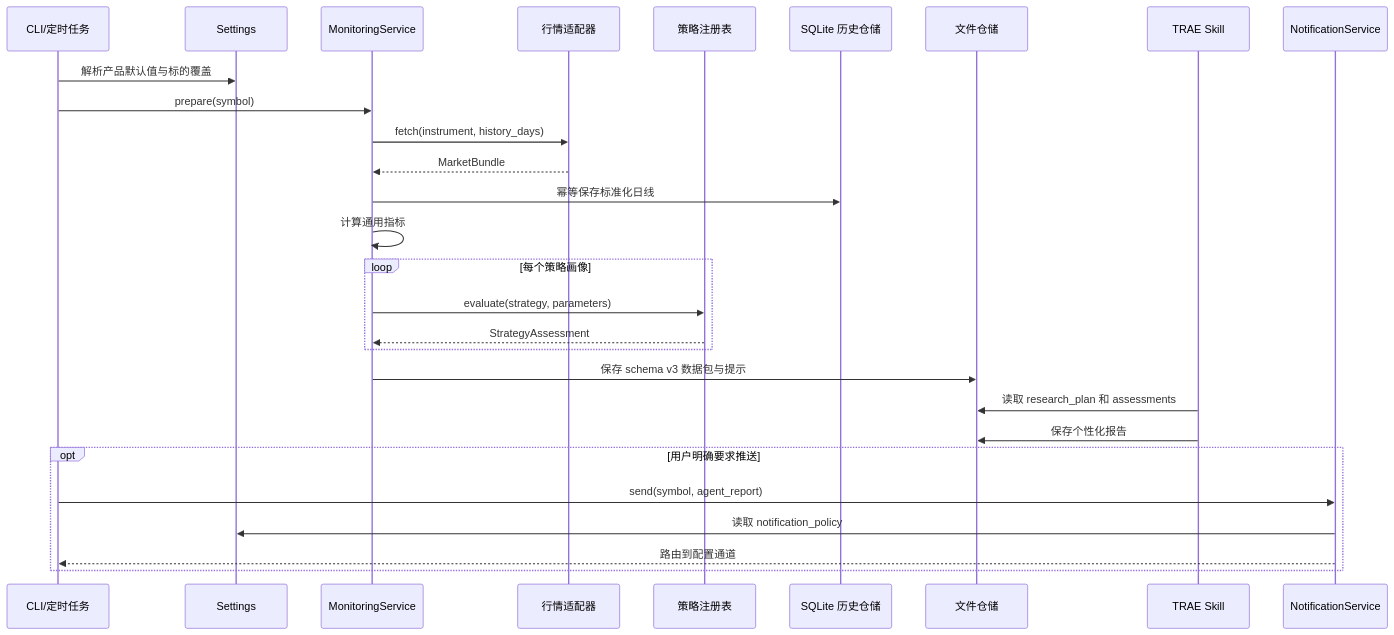
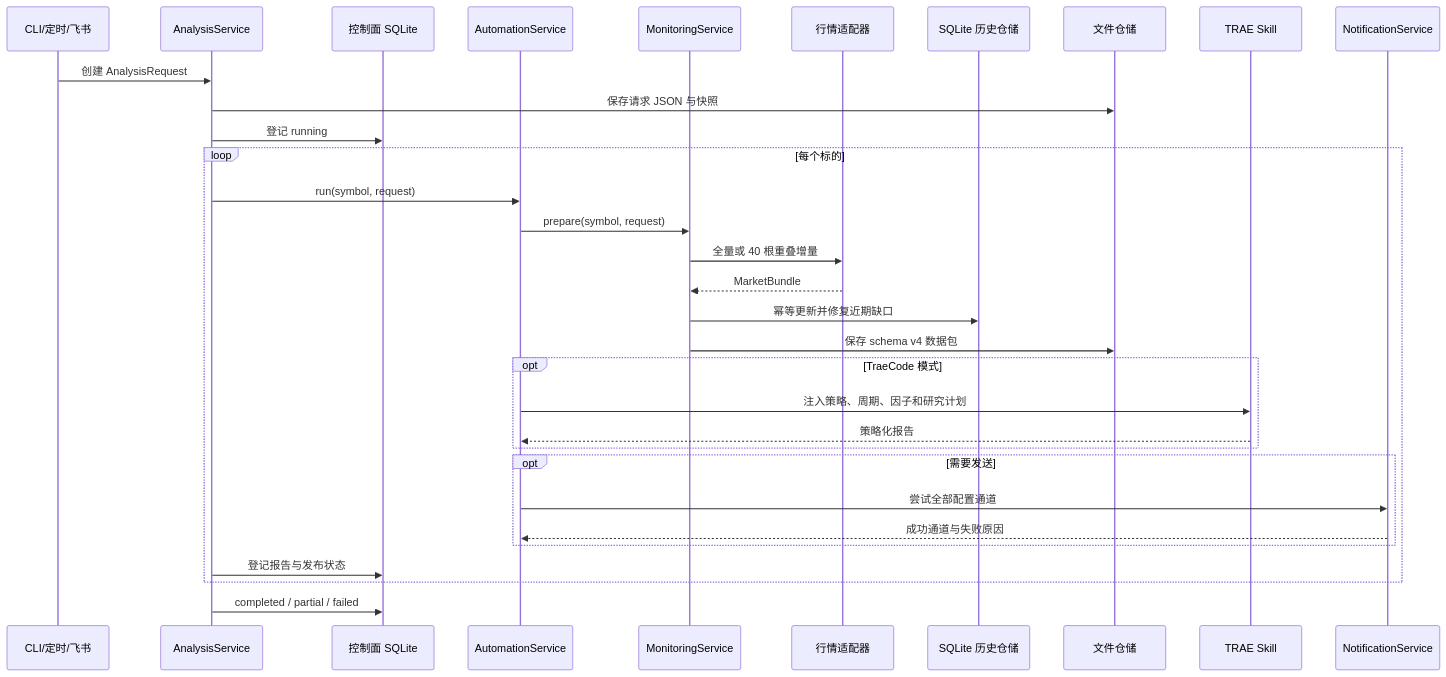
One commit to lapixiaoxin/quant changed the fifth of 5 diagrams in docs/architecture.md. Above: the diagram before and after it, drawn with Mermaid. The commit also changed other lines of this file and 85 other files, not shown here.

````diff
--- a/docs/architecture.md
+++ b/docs/architecture.md
@@ -105,31 +147,35 @@
 ```mermaid
 sequenceDiagram
-    participant C as CLI/定时任务
-    participant S as Settings
-    participant A as MonitoringService
+    participant C as CLI/定时/飞书
+    participant J as AnalysisService
+    participant Q as 控制面 SQLite
+    participant A as AutomationService
+    participant M as MonitoringService
     participant P as 行情适配器
-    participant G as 策略注册表
     participant H as SQLite 历史仓储
     participant R as 文件仓储
     participant T as TRAE Skill
     participant N as NotificationService
 
-    C->>S: 解析产品默认值与标的覆盖
-    C->>A: prepare(symbol)
-    A->>P: fetch(instrument, history_days)
-    P-->>A: MarketBundle
-    A->>H: 幂等保存标准化日线
-    A->>A: 计算通用指标
-    loop 每个策略画像
-        A->>G: evaluate(strategy, parameters)
-        G-->>A: StrategyAssessment
+    C->>J: 创建 AnalysisRequest
+    J->>R: 保存请求 JSON 与快照
+    J->>Q: 登记 running
+    loop 每个标的
+        J->>A: run(symbol, request)
+        A->>M: prepare(symbol, request)
+        M->>P: 全量或 40 根重叠增量
+        P-->>M: MarketBundle
+        M->>H: 幂等更新并修复近期缺口
+        M->>R: 保存 schema v4 数据包
+        opt TraeCode 模式
+            A->>T: 注入策略、周期、因子和研究计划
+            T-->>A: 策略化报告
+        end
+        opt 需要发送
+            A->>N: 尝试全部配置通道
+            N-->>A: 成功通道与失败原因
+        end
+        J->>Q: 登记报告与发布状态
     end
-    A->>R: 保存 schema v3 数据包与提示
-    T->>R: 读取 research_plan 和 assessments
-    T->>R: 保存个性化报告
-    opt 用户明确要求推送
-        C->>N: send(symbol, agent_report)
-        N->>S: 读取 notification_policy
-        N-->>C: 路由到配置通道
-    end
+    J->>Q: completed / partial / failed
 ```
````
